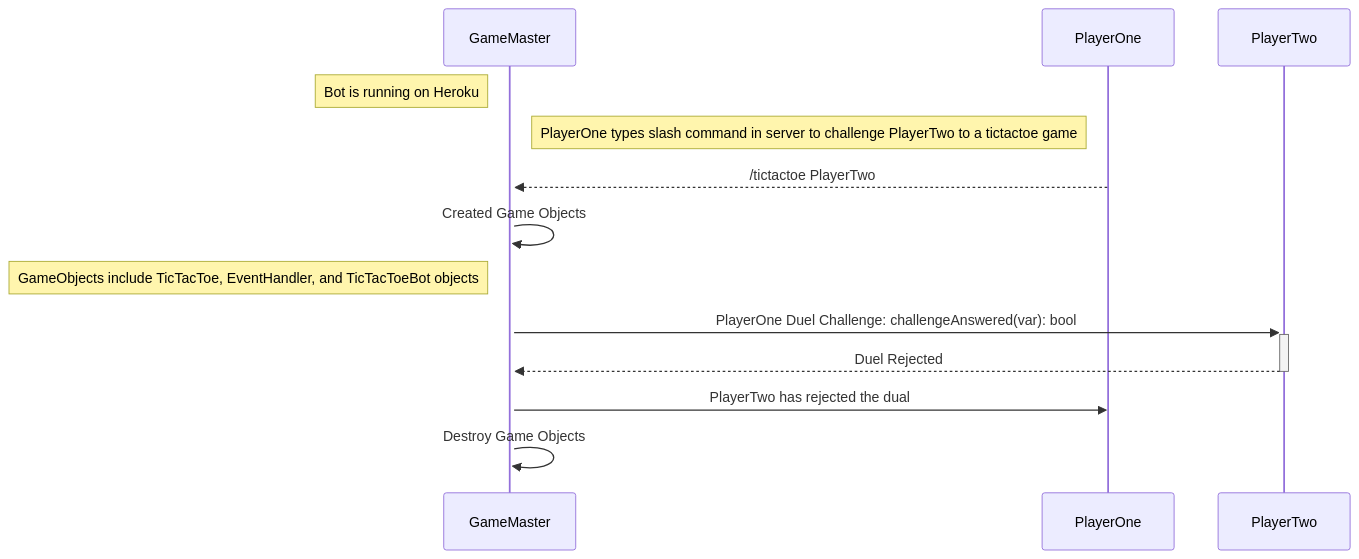
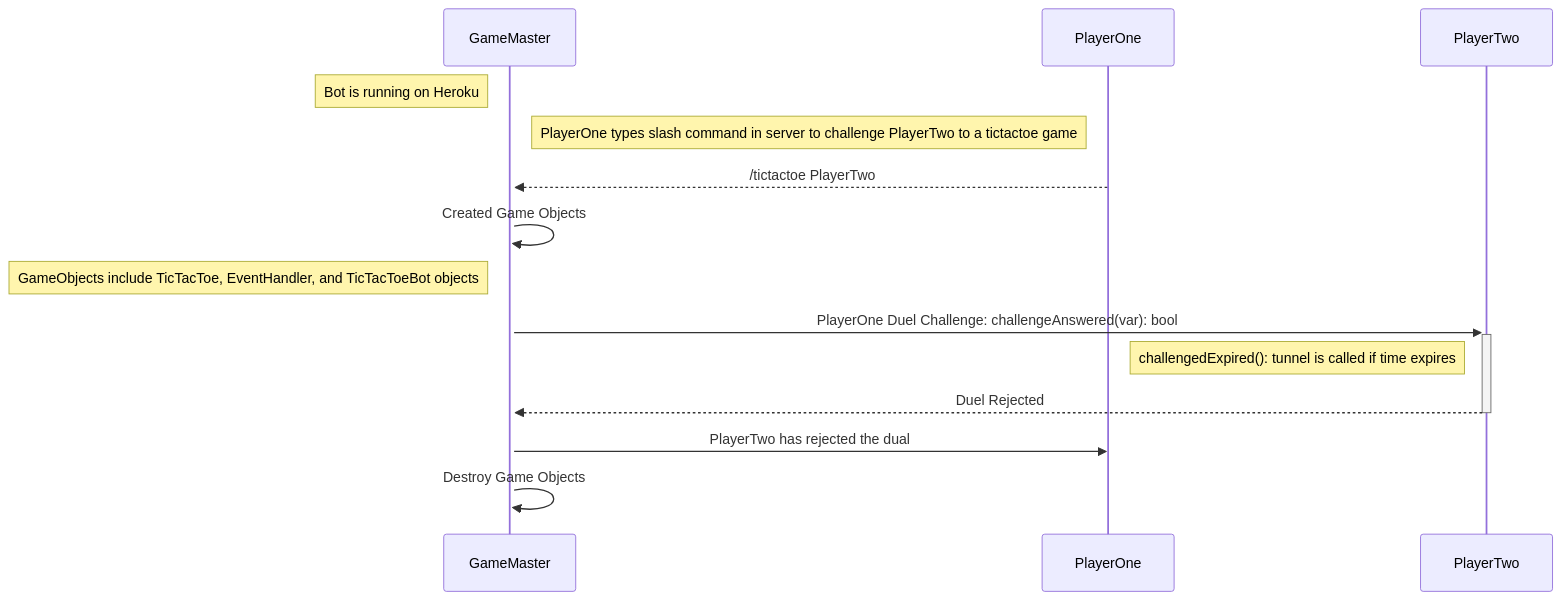
The diagram in uml_Sequence_RejectDuel.md (cis3296f22/GameMaster), drawn with Mermaid before and after one commit.

````diff
--- a/uml_Sequence_RejectDuel.md
+++ b/uml_Sequence_RejectDuel.md
@@ -3,17 +3,18 @@
 ```mermaid
 sequenceDiagram
   
     participant GameMaster as GameMaster
     participant PlayerOne as PlayerOne
     participant PlayerTwo as PlayerTwo
     Note left of GameMaster: Bot is running on Heroku
     Note left of PlayerOne: PlayerOne types slash command in server to challenge PlayerTwo to a tictactoe game
     PlayerOne-->>+GameMaster: /tictactoe PlayerTwo
     GameMaster->>GameMaster: Created Game Objects
     Note left of GameMaster: GameObjects include TicTacToe, EventHandler, and TicTacToeBot objects
     GameMaster->>+PlayerTwo: PlayerOne Duel Challenge: challengeAnswered(var): bool
+    Note left of PlayerTwo: challengedExpired(): tunnel is called if time expires
     PlayerTwo-->>-GameMaster: Duel Rejected
     GameMaster->>PlayerOne: PlayerTwo has rejected the dual
     GameMaster->>+GameMaster: Destroy Game Objects
     
 ```
````
